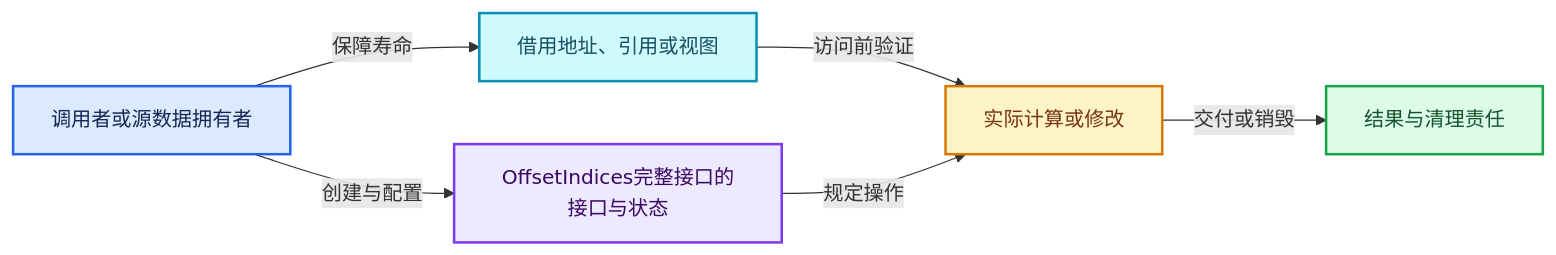
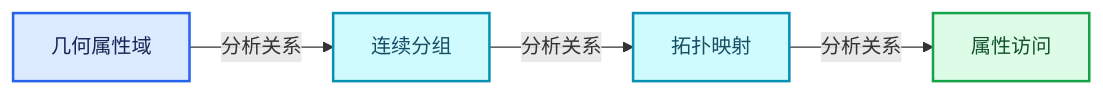
Before and after one commit to yunkezengren/blender-.vscode: the third of 4 diagrams in 杂/markdown/全面学习-codex/05-几何存储与拓扑映射/02-OffsetIndices完整接口.md, drawn with Mermaid. The commit also changed other lines of this file and 1930 other files, not shown here.

````diff
--- a/杂/markdown/全面学习-codex/05-几何存储与拓扑映射/02-OffsetIndices完整接口.md
+++ b/杂/markdown/全面学习-codex/05-几何存储与拓扑映射/02-OffsetIndices完整接口.md
@@ -755,19 +66,16 @@
 ```mermaid
 flowchart LR
-  O["调用者或源数据拥有者"]:::input
-  V["OffsetIndices完整接口的接口与状态"]:::abstraction
-  B["借用地址、引用或视图"]:::data
-  W["实际计算或修改"]:::compute
-  R["结果与清理责任"]:::result
-  O -->|"创建与配置"| V
-  O -->|"保障寿命"| B
-  B -->|"访问前验证"| W
-  V -->|"规定操作"| W
-  W -->|"交付或销毁"| R
+  P0["几何属性域"]:::input
+  P1["连续分组"]:::data
+  P2["拓扑映射"]:::data
+  P3["属性访问"]:::result
+  P0 -->|"分析关系"| P1
+  P1 -->|"分析关系"| P2
+  P2 -->|"分析关系"| P3
   classDef input fill:#DBEAFE,stroke:#2563EB,color:#172554,stroke-width:2px;
   classDef data fill:#CFFAFE,stroke:#0891B2,color:#164E63,stroke-width:2px;
   classDef abstraction fill:#EDE9FE,stroke:#7C3AED,color:#3B0764,stroke-width:2px;
   classDef compute fill:#FEF3C7,stroke:#D97706,color:#78350F,stroke-width:2px;
   classDef result fill:#DCFCE7,stroke:#16A34A,color:#14532D,stroke-width:2px;
   classDef error fill:#FEE2E2,stroke:#DC2626,color:#7F1D1D,stroke-width:2px;
 ```
````
